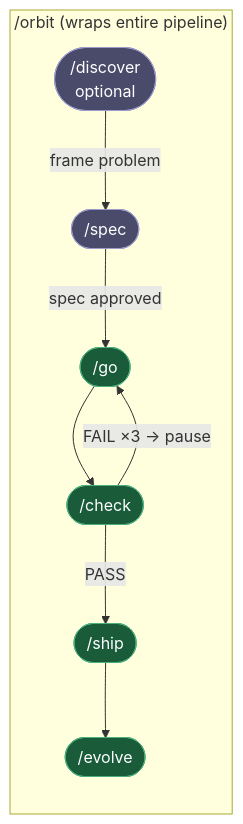
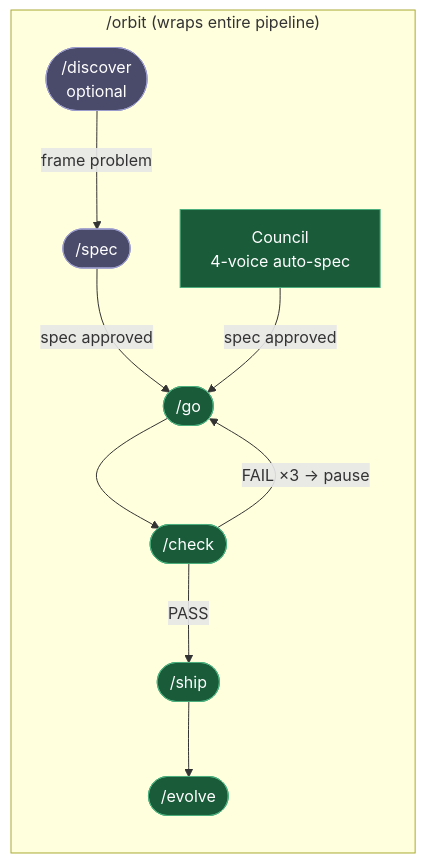
One commit to epicsagas/epic-harness changed the third of 3 diagrams in README.md. Above: the diagram before and after it, drawn with Mermaid. The commit also changed other lines of this file and 1 other file, not shown here.

Commit message:
docs: add council node to pipeline overview diagram

````diff
--- a/README.md
+++ b/README.md
@@ -190,22 +190,25 @@
 ```mermaid
 flowchart TD
     subgraph orbit["  /orbit  (wraps entire pipeline)  "]
         direction TD
         D(["/discover\noptional"]):::manual
         S(["/spec"]):::manual
         G(["/go"]):::auto
         C(["/check"]):::auto
         SH(["/ship"]):::auto
         EV(["/evolve"]):::auto
 
+        CL["Council\n4-voice auto-spec"]:::auto
+
         D -->|frame problem| S
         S -->|spec approved| G
+        CL -->|spec approved| G
         G --> C
         C -->|PASS| SH
         C -->|"FAIL ×3 → pause"| G
         SH --> EV
     end
 
     classDef manual fill:#4a4a6a,stroke:#9b9bcc,color:#fff
     classDef auto   fill:#1a5c3a,stroke:#4caf7d,color:#fff
 ```
````
